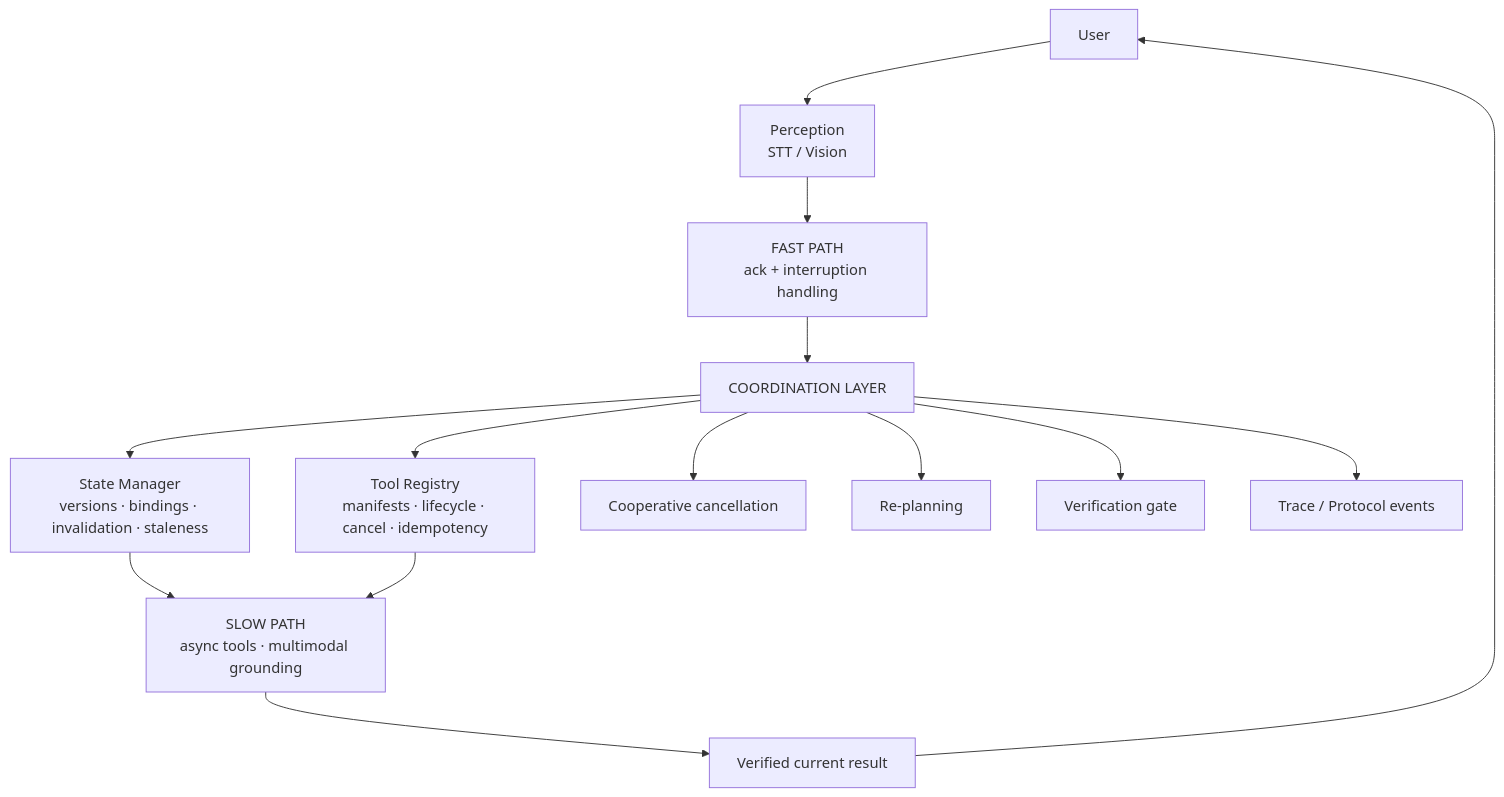
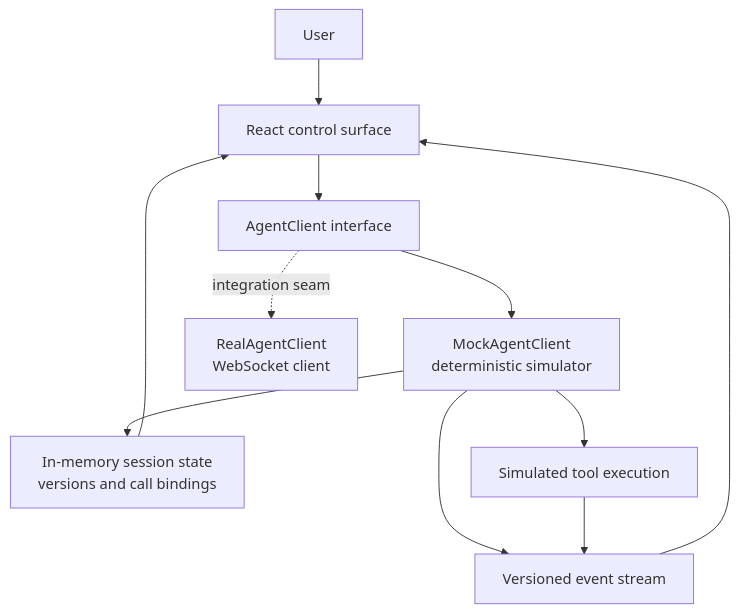
One commit to udbhavshukla/Interruptible-RealTime-Agent changed the diagram in README.md. Above: the diagram before and after it, drawn with Mermaid. The commit also changed other lines of this file and 35 other files, not shown here.

````diff
--- a/README.md
+++ b/README.md
@@ -85,16 +110,13 @@
 ```mermaid
 flowchart TD
-    User --> Perception[Perception<br/>STT / Vision]
-    Perception --> FastPath[FAST PATH<br/>ack + interruption handling]
-    FastPath --> Coord[COORDINATION LAYER]
-    Coord --> State[State Manager<br/>versions · bindings · invalidation · staleness]
-    Coord --> Registry[Tool Registry<br/>manifests · lifecycle · cancel · idempotency]
-    Coord --> Cancel[Cooperative cancellation]
-    Coord --> Replan[Re-planning]
-    Coord --> Verify[Verification gate]
-    Coord --> Trace[Trace / Protocol events]
-    State --> SlowPath[SLOW PATH<br/>async tools · multimodal grounding]
-    Registry --> SlowPath
-    SlowPath --> Result[Verified current result]
-    Result --> User
+    User --> UI[React control surface]
+    UI --> Client[AgentClient interface]
+    Client --> Mock[MockAgentClient<br/>deterministic simulator]
+    Client -. integration seam .-> Real[RealAgentClient<br/>WebSocket client]
+    Mock --> Events[Versioned event stream]
+    Events --> UI
+    Mock --> State[In-memory session state<br/>versions and call bindings]
+    Mock --> Tools[Simulated tool execution]
+    State --> UI
+    Tools --> Events
 ```
````
